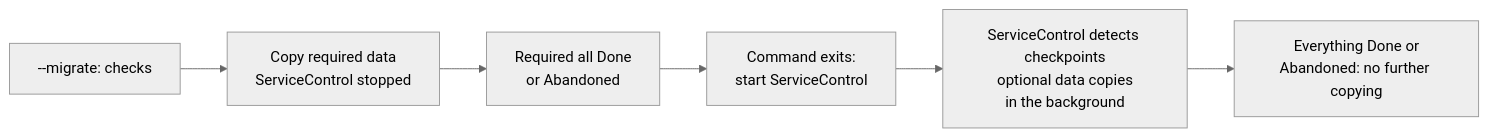
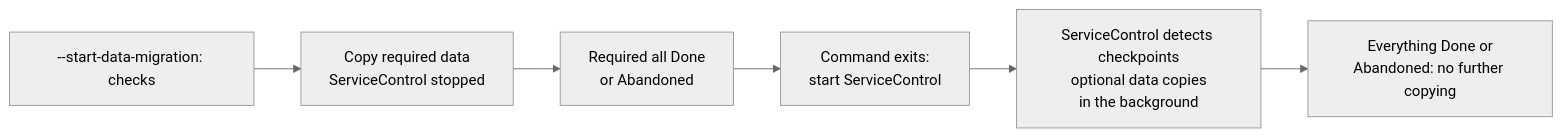
One commit to Particular/ServiceControl changed the first of 5 diagrams in docs/migration/ravendb-to-sql-migration-overview.md. Above: the diagram before and after it, drawn with Mermaid (neutral theme). The commit also changed other lines of this file and 15 other files, not shown here.

Commit message:
Update migration commands from --migrate to --start-data-migration across documentation and codebase

````diff
--- a/docs/migration/ravendb-to-sql-migration-overview.md
+++ b/docs/migration/ravendb-to-sql-migration-overview.md
@@ -26,7 +26,7 @@
 ```mermaid
 flowchart LR
-    A["--migrate: checks"] --> B["Copy required data<br/>ServiceControl stopped"]
+    A["--start-data-migration: checks"] --> B["Copy required data<br/>ServiceControl stopped"]
     B --> V["Required all Done<br/>or Abandoned"] --> P["Command exits:<br/>start ServiceControl"]
     P --> C["ServiceControl detects checkpoints<br/>optional data copies<br/>in the background"]
     C --> D["Everything Done or<br/>Abandoned: no further copying"]
 ```
````
